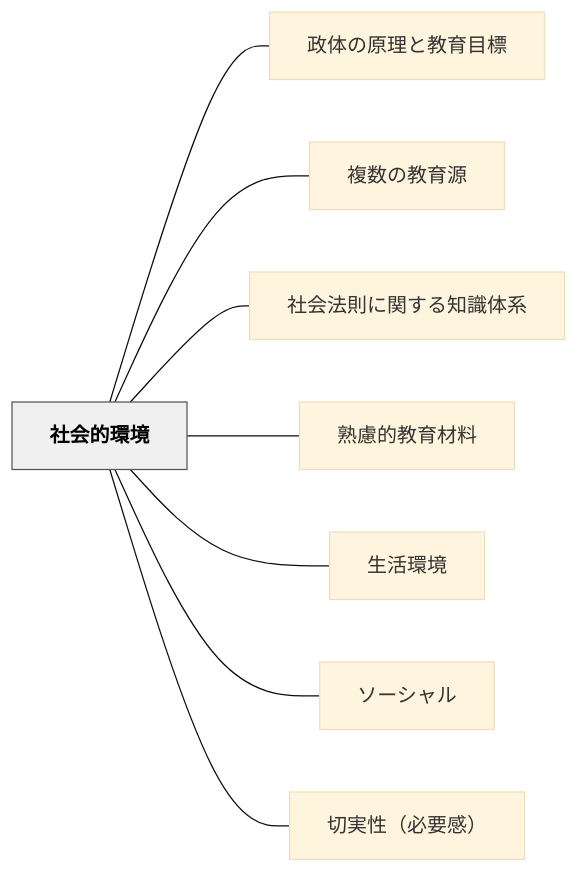
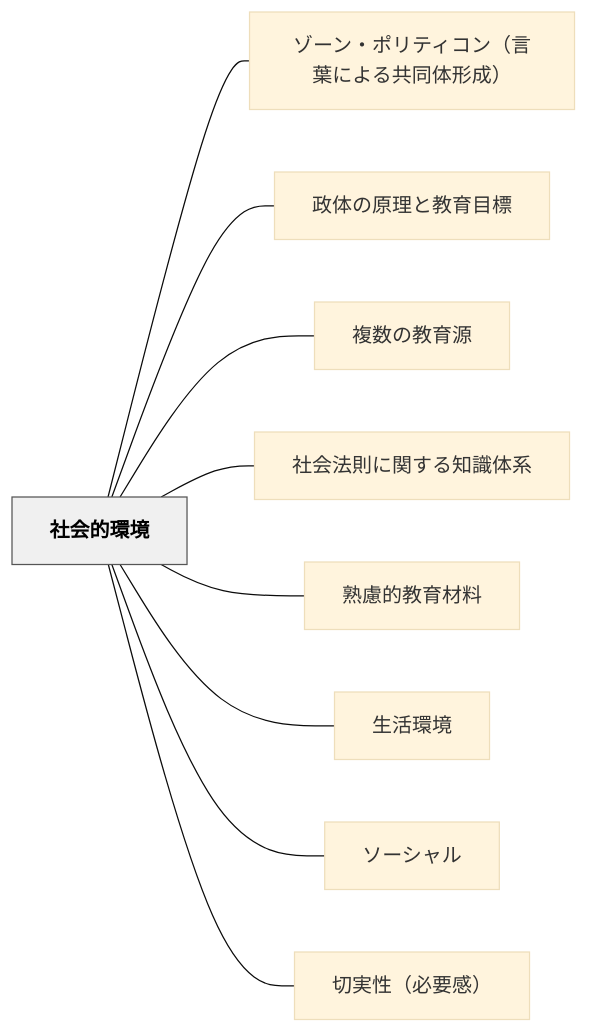
The diagram in content/パタン/社会的環境.md (unknownthings-ed-patterns/unknownthings-ed-patterns), drawn with Mermaid (base theme) before and after one commit. The commit also changed other lines of this file and 19 other files, not shown here.

````diff
--- a/content/パタン/社会的環境.md
+++ b/content/パタン/社会的環境.md
@@ -63,22 +64,24 @@
 ```mermaid
 flowchart LR
     ne7a4bee4bc9ae79a84e792b0e5a283["社会的環境"]
+    ne382bee383bce383b3e383bbe3839de383aae38386e382a3e382b3e383b3efbc88e8a880e89189e381abe38288e3828be585b1e5908ce4bd93e5bda2e68890efbc89["ゾーン・ポリティコン（言葉による共同体形成）"]
     ne694bfe4bd93e381aee58e9fe79086e381a8e69599e882b2e79baee6a899["政体の原理と教育目標"]
     ne8a487e695b0e381aee69599e882b2e6ba90["複数の教育源"]
     ne7a4bee4bc9ae6b395e58987e381abe996a2e38199e3828be79fa5e8ad98e4bd93e7b3bb["社会法則に関する知識体系"]
     ne7869fe685aee79a84e69599e882b2e69d90e69699["熟慮的教育材料"]
     ne7949fe6b4bbe792b0e5a283["生活環境"]
     ne382bde383bce382b7e383a3e383ab["ソーシャル"]
     ne58887e5ae9fe680a7efbc88e5bf85e8a681e6849fefbc89["切実性（必要感）"]
 
+    ne7a4bee4bc9ae79a84e792b0e5a283 --- ne382bee383bce383b3e383bbe3839de383aae38386e382a3e382b3e383b3efbc88e8a880e89189e381abe38288e3828be585b1e5908ce4bd93e5bda2e68890efbc89
     ne7a4bee4bc9ae79a84e792b0e5a283 --- ne694bfe4bd93e381aee58e9fe79086e381a8e69599e882b2e79baee6a899
     ne7a4bee4bc9ae79a84e792b0e5a283 --- ne8a487e695b0e381aee69599e882b2e6ba90
     ne7a4bee4bc9ae79a84e792b0e5a283 --- ne7a4bee4bc9ae6b395e58987e381abe996a2e38199e3828be79fa5e8ad98e4bd93e7b3bb
     ne7a4bee4bc9ae79a84e792b0e5a283 --- ne7869fe685aee79a84e69599e882b2e69d90e69699
     ne7a4bee4bc9ae79a84e792b0e5a283 --- ne7949fe6b4bbe792b0e5a283
     ne7a4bee4bc9ae79a84e792b0e5a283 --- ne382bde383bce382b7e383a3e383ab
     ne7a4bee4bc9ae79a84e792b0e5a283 --- ne58887e5ae9fe680a7efbc88e5bf85e8a681e6849fefbc89
 
     classDef hub fill:#f0f0f0,stroke:#555,color:#000,font-weight:bold
     class ne7a4bee4bc9ae79a84e792b0e5a283 hub
 ```
````
